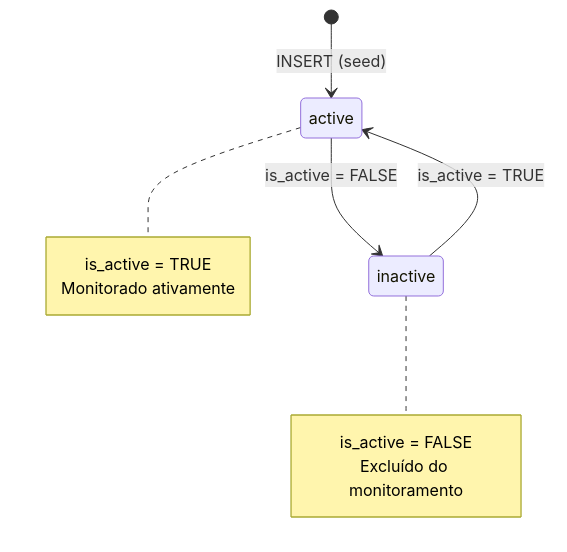
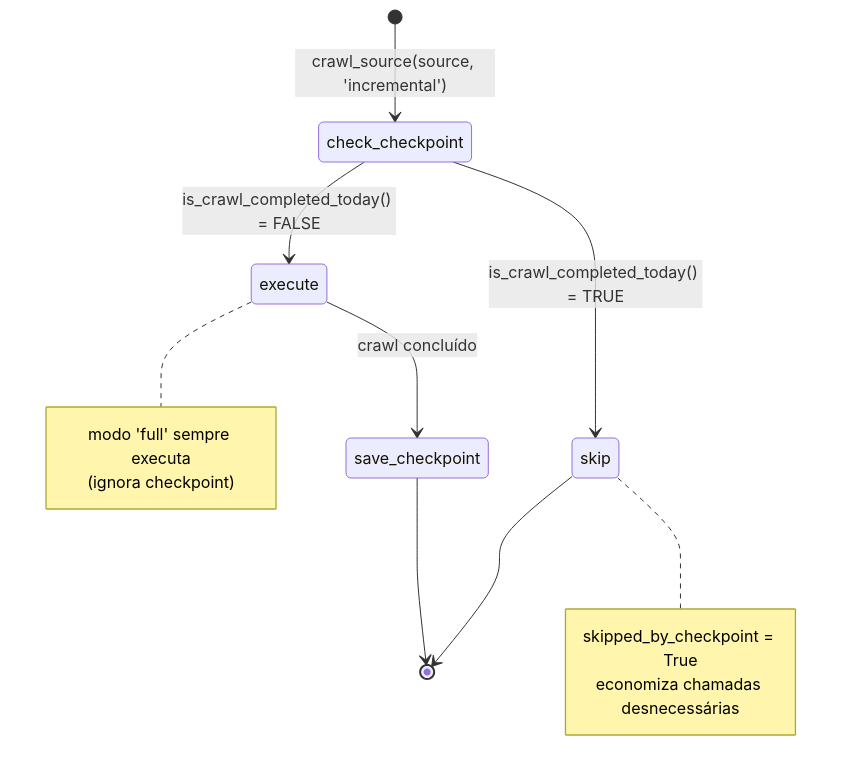
Before and after one commit to tjsasakifln/extra-cli: the fourth of 6 diagrams in _reversa_sdd/state-machines.md, drawn with Mermaid. The commit also changed other lines of this file and 215 other files, not shown here.

````diff
--- a/_reversa_sdd/state-machines.md
+++ b/_reversa_sdd/state-machines.md
@@ -112,16 +106,12 @@
 ```mermaid
 stateDiagram-v2
-    [*] --> active: INSERT (seed)
-    active --> inactive: is_active = FALSE
-    inactive --> active: is_active = TRUE
+    [*] --> check_checkpoint: crawl_source(source, 'incremental')
+    check_checkpoint --> skip: is_crawl_completed_today() = TRUE
+    check_checkpoint --> execute: is_crawl_completed_today() = FALSE
+    execute --> save_checkpoint: crawl concluído
+    save_checkpoint --> [*]
+    skip --> [*]
 
-    note right of active
-        is_active = TRUE
-        Monitorado ativamente
-    end note
-
-    note right of inactive
-        is_active = FALSE
-        Excluído do monitoramento
-    end note
+    note right of skip: skipped_by_checkpoint = True<br/>economiza chamadas desnecessárias
+    note right of execute: modo 'full' sempre executa<br/>(ignora checkpoint)
 ```
````
